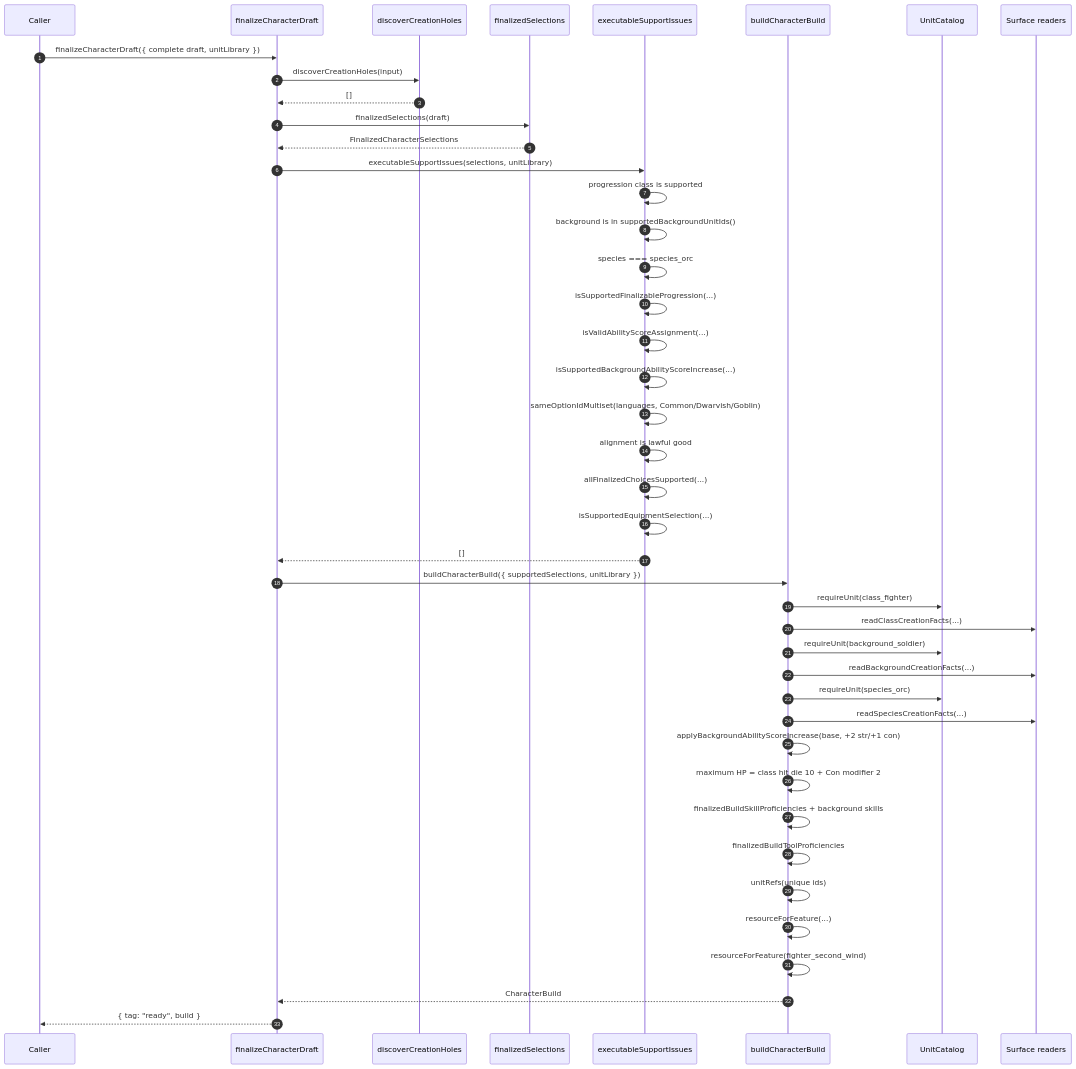
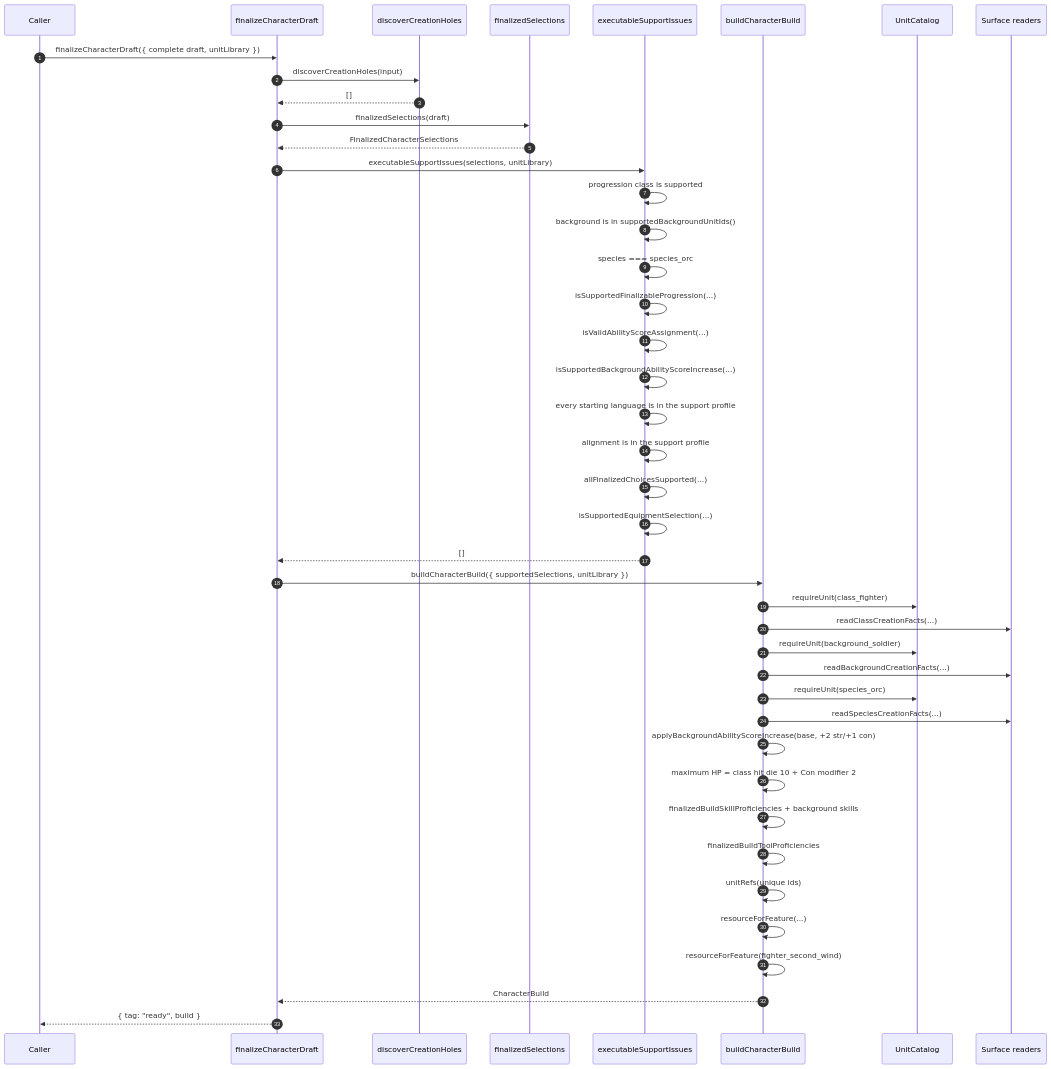
One commit to dearlordylord/5e-quint changed the ninth of 10 diagrams in packages/character-creation-runtime/EXPLANATORY_TIME_DIAGRAM.md. Above: the diagram before and after it, drawn with Mermaid. The commit also changed other lines of this file and 8 other files, not shown here.

````diff
--- a/packages/character-creation-runtime/EXPLANATORY_TIME_DIAGRAM.md
+++ b/packages/character-creation-runtime/EXPLANATORY_TIME_DIAGRAM.md
@@ -478,46 +478,46 @@
 ```mermaid
 sequenceDiagram
   autonumber
   participant Caller
   participant Runtime as finalizeCharacterDraft
   participant Discover as discoverCreationHoles
   participant Narrow as finalizedSelections
   participant Legal as executableSupportIssues
   participant Build as buildCharacterBuild
   participant Catalog as UnitCatalog
   participant Surface as Surface readers
 
   Caller->>Runtime: finalizeCharacterDraft({ complete draft, unitLibrary })
   Runtime->>Discover: discoverCreationHoles(input)
   Discover-->>Runtime: []
   Runtime->>Narrow: finalizedSelections(draft)
   Narrow-->>Runtime: FinalizedCharacterSelections
   Runtime->>Legal: executableSupportIssues(selections, unitLibrary)
   Legal->>Legal: progression class is supported
   Legal->>Legal: background is in supportedBackgroundUnitIds()
   Legal->>Legal: species === species_orc
   Legal->>Legal: isSupportedFinalizableProgression(...)
   Legal->>Legal: isValidAbilityScoreAssignment(...)
   Legal->>Legal: isSupportedBackgroundAbilityScoreIncrease(...)
-  Legal->>Legal: sameOptionIdMultiset(languages, Common/Dwarvish/Goblin)
-  Legal->>Legal: alignment is lawful good
+  Legal->>Legal: every starting language is in the support profile
+  Legal->>Legal: alignment is in the support profile
   Legal->>Legal: allFinalizedChoicesSupported(...)
   Legal->>Legal: isSupportedEquipmentSelection(...)
   Legal-->>Runtime: []
   Runtime->>Build: buildCharacterBuild({ supportedSelections, unitLibrary })
   Build->>Catalog: requireUnit(class_fighter)
   Build->>Surface: readClassCreationFacts(...)
   Build->>Catalog: requireUnit(background_soldier)
   Build->>Surface: readBackgroundCreationFacts(...)
   Build->>Catalog: requireUnit(species_orc)
   Build->>Surface: readSpeciesCreationFacts(...)
   Build->>Build: applyBackgroundAbilityScoreIncrease(base, +2 str/+1 con)
   Build->>Build: maximum HP = class hit die 10 + Con modifier 2
   Build->>Build: finalizedBuildSkillProficiencies + background skills
   Build->>Build: finalizedBuildToolProficiencies
   Build->>Build: unitRefs(unique ids)
   Build->>Build: resourceForFeature(...)
   Build->>Build: resourceForFeature(fighter_second_wind)
   Build-->>Runtime: CharacterBuild
   Runtime-->>Caller: { tag: "ready", build }
 ```
````
